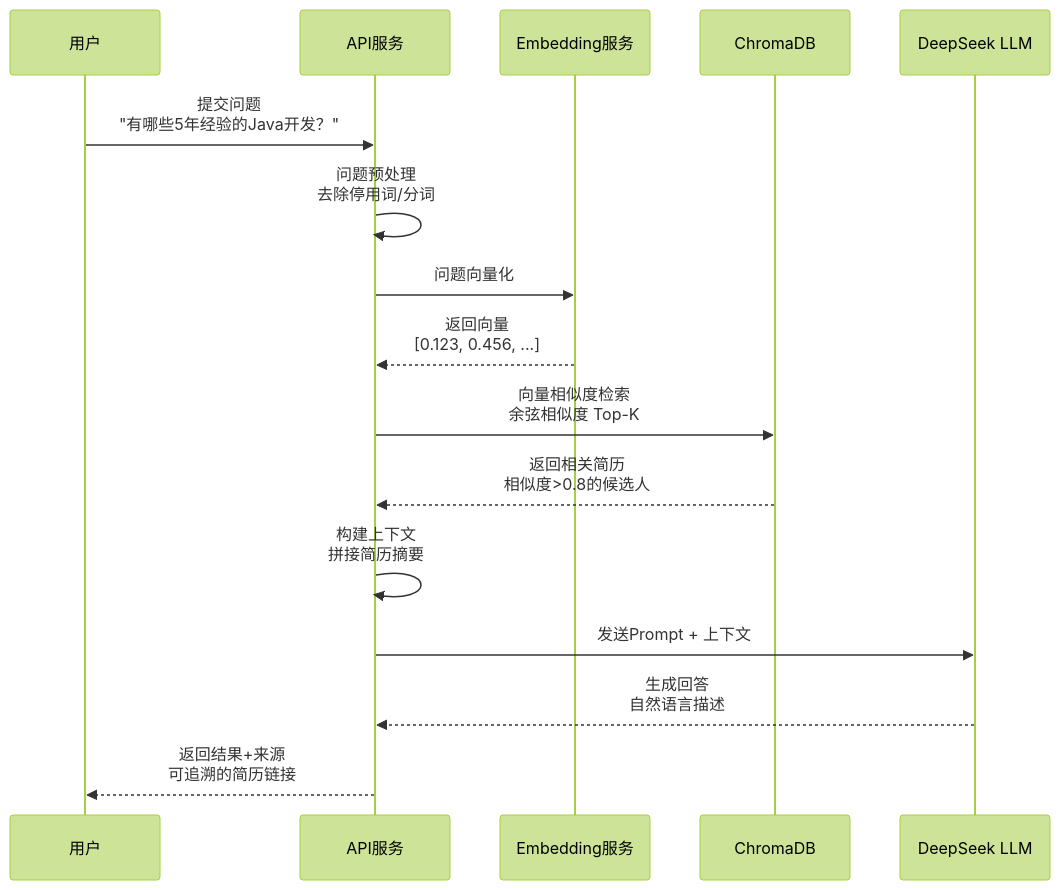
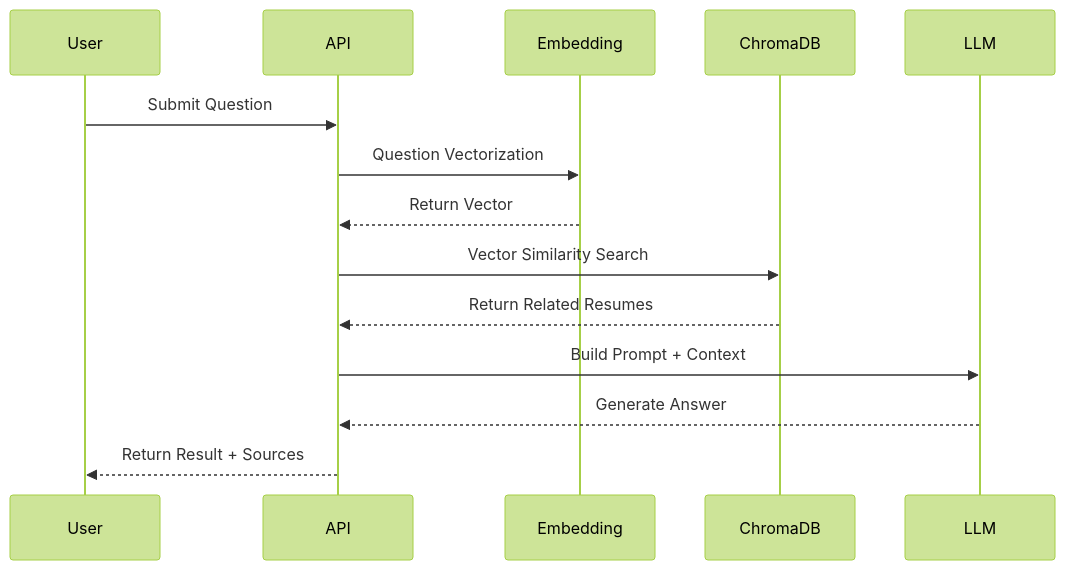
One commit to xt765/ResumeScreening changed the fifth of 6 diagrams in README.md. Above: the diagram before and after it, drawn with Mermaid (forest theme). The commit also changed other lines of this file and 7 other files, not shown here.

````diff
--- a/README.md
+++ b/README.md
@@ -383,19 +235,17 @@
 ```mermaid
 sequenceDiagram
-    participant U as 用户
-    participant A as API服务
-    participant E as Embedding服务
+    participant U as User
+    participant A as API
+    participant E as Embedding
     participant C as ChromaDB
-    participant L as DeepSeek LLM
-  
-    U->>A: 提交问题<br/>"有哪些5年经验的Java开发？"
-    A->>A: 问题预处理<br/>去除停用词/分词
-    A->>E: 问题向量化
-    E-->>A: 返回向量<br/>[0.123, 0.456, ...]
-    A->>C: 向量相似度检索<br/>余弦相似度 Top-K
-    C-->>A: 返回相关简历<br/>相似度>0.8的候选人
-    A->>A: 构建上下文<br/>拼接简历摘要
-    A->>L: 发送Prompt + 上下文
-    L-->>A: 生成回答<br/>自然语言描述
-    A-->>U: 返回结果+来源<br/>可追溯的简历链接
+    participant L as LLM
+    
+    U->>A: Submit Question
+    A->>E: Question Vectorization
+    E-->>A: Return Vector
+    A->>C: Vector Similarity Search
+    C-->>A: Return Related Resumes
+    A->>L: Build Prompt + Context
+    L-->>A: Generate Answer
+    A-->>U: Return Result + Sources
 ```
````
